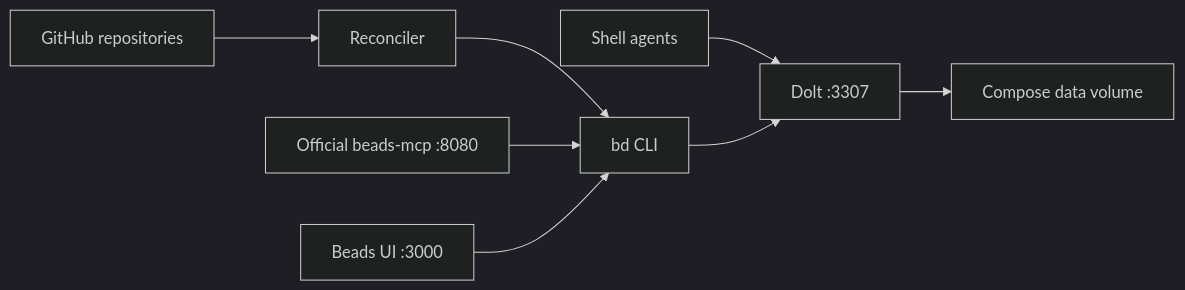
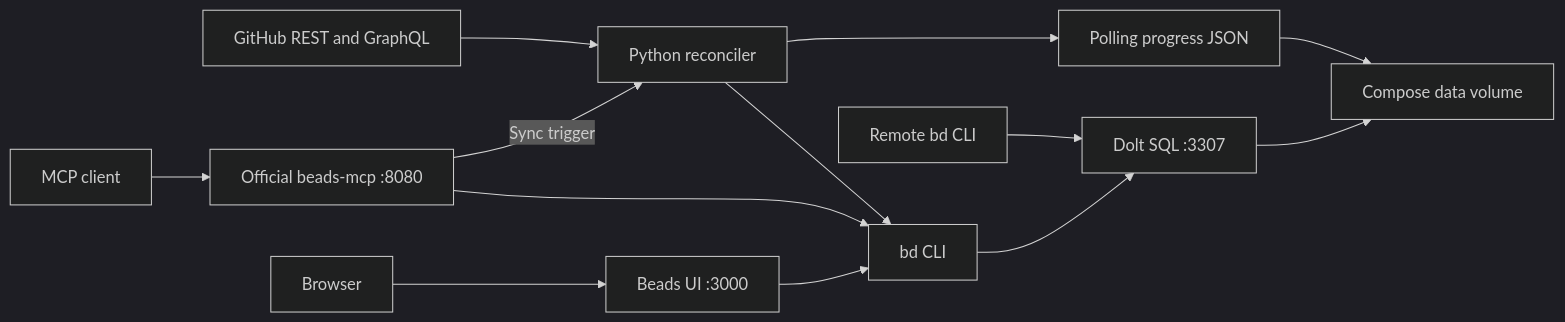
Before and after one commit to jufty-bot/beads-hub: the diagram in README.md, drawn with Mermaid (dark theme). The commit also changed other lines of this file and 31 other files, not shown here.

````diff
--- a/README.md
+++ b/README.md
@@ -7,10 +37,15 @@
 ```mermaid
 flowchart LR
-    GitHub[GitHub repositories] --> Reconciler
-    Reconciler --> CLI[bd CLI]
-    MCP[Official beads-mcp :8080] --> CLI
-    UI[Beads UI :3000] --> CLI
-    Agents[Shell agents] --> Dolt[Dolt :3307]
-    CLI --> Dolt
-    Dolt --> Volume[Compose data volume]
+    GitHub["GitHub REST and GraphQL"] --> Sync["Python reconciler"]
+    Sync --> BD["bd CLI"]
+    Sync --> Progress["Polling progress JSON"]
+    Client["MCP client"] --> MCP["Official beads-mcp :8080"]
+    MCP --> BD
+    MCP -->|Sync trigger| Sync
+    Browser["Browser"] --> UI["Beads UI :3000"]
+    UI --> BD
+    Shell["Remote bd CLI"] --> Dolt["Dolt SQL :3307"]
+    BD --> Dolt
+    Dolt --> Data["Compose data volume"]
+    Progress --> Data
 ```
````
